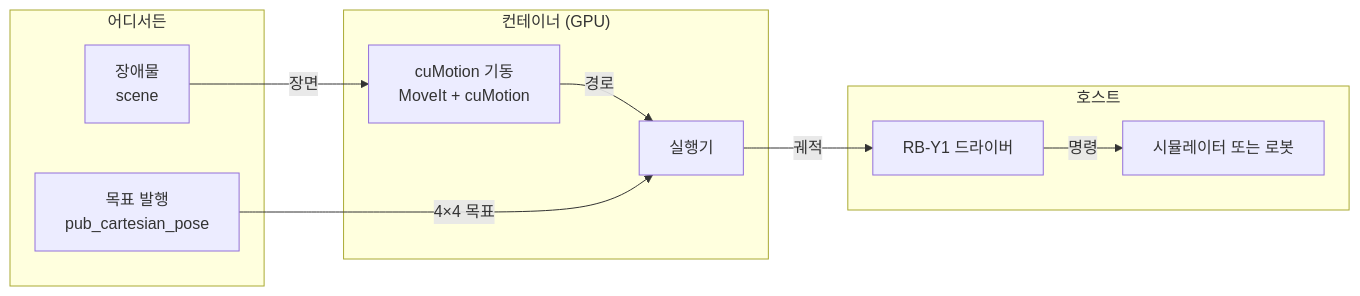
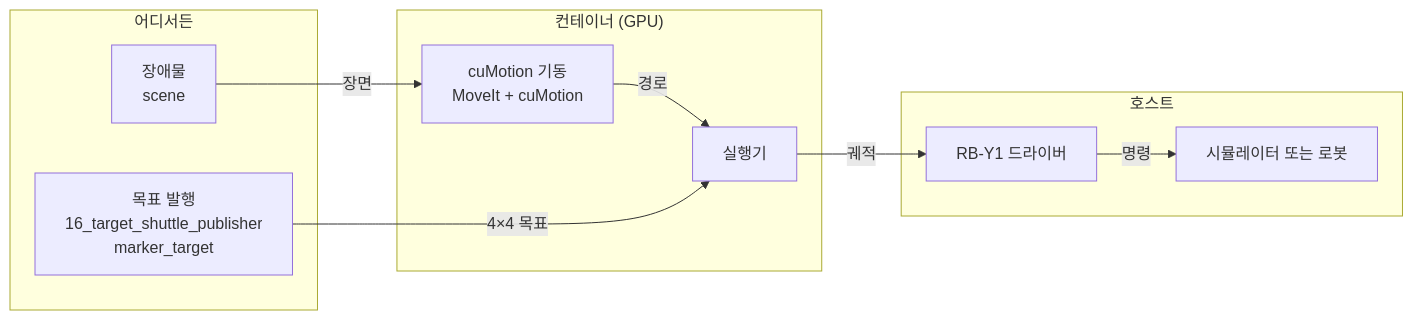
Before and after one commit to JeonSangMin-sw2/rby1_isaac_ros: the first of 2 diagrams in docs/tutorial_cumotion.md, drawn with Mermaid. The commit also changed other lines of this file and 47 other files, not shown here.

````diff
--- a/docs/tutorial_cumotion.md
+++ b/docs/tutorial_cumotion.md
@@ -7,20 +7,20 @@
 ```mermaid
 flowchart LR
     subgraph host["호스트"]
         robot["시뮬레이터 또는 로봇"]
         driver["RB-Y1 드라이버"]
     end
     subgraph container["컨테이너 (GPU)"]
         planner["cuMotion 기동<br/>MoveIt + cuMotion"]
         executor["실행기"]
     end
     subgraph anywhere["어디서든"]
-        target["목표 발행<br/>pub_cartesian_pose"]
+        target["목표 발행<br/>16_target_shuttle_publisher<br/>marker_target"]
         scene["장애물<br/>scene"]
     end
     driver -->|명령| robot
     planner -->|경로| executor
     executor -->|궤적| driver
     target -->|4×4 목표| executor
     scene -->|장면| planner
 ```
````
